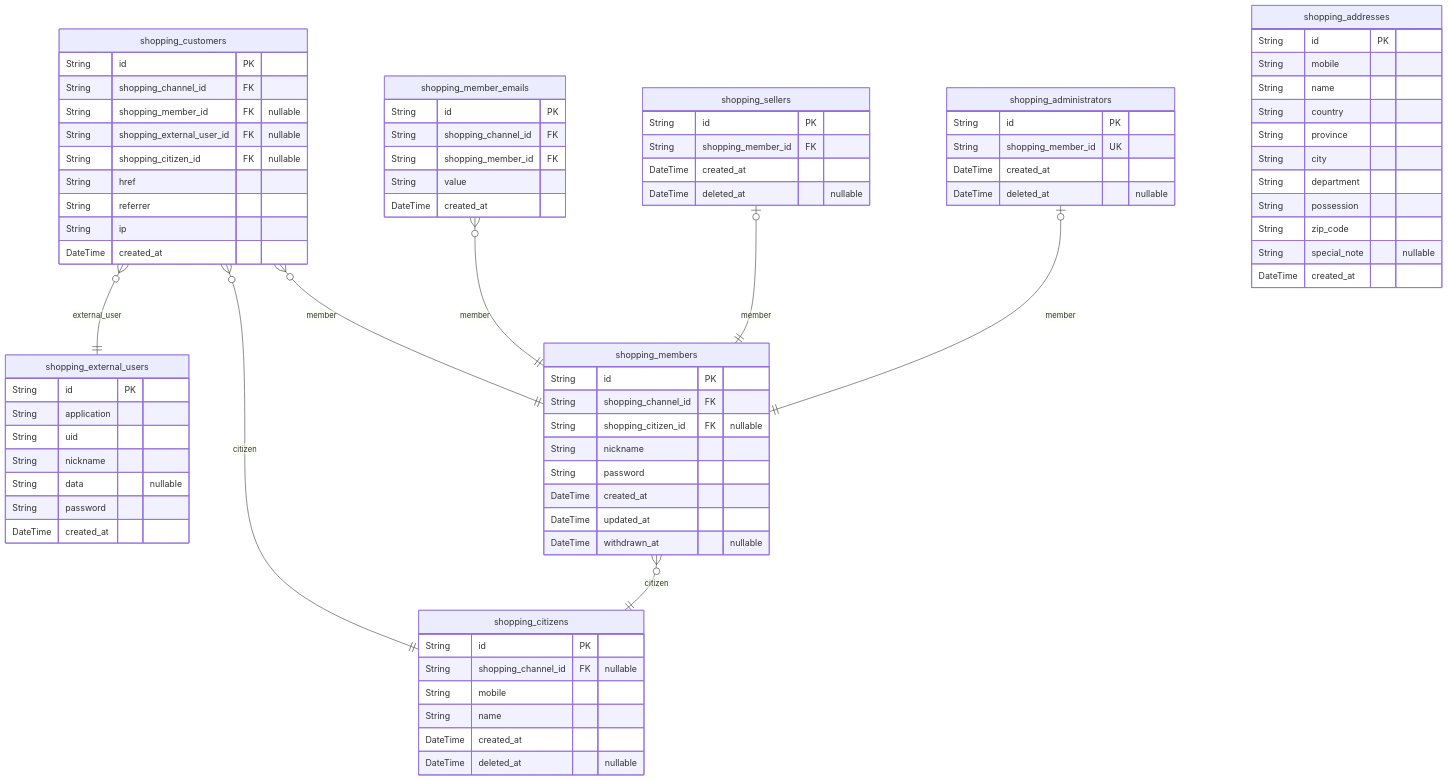
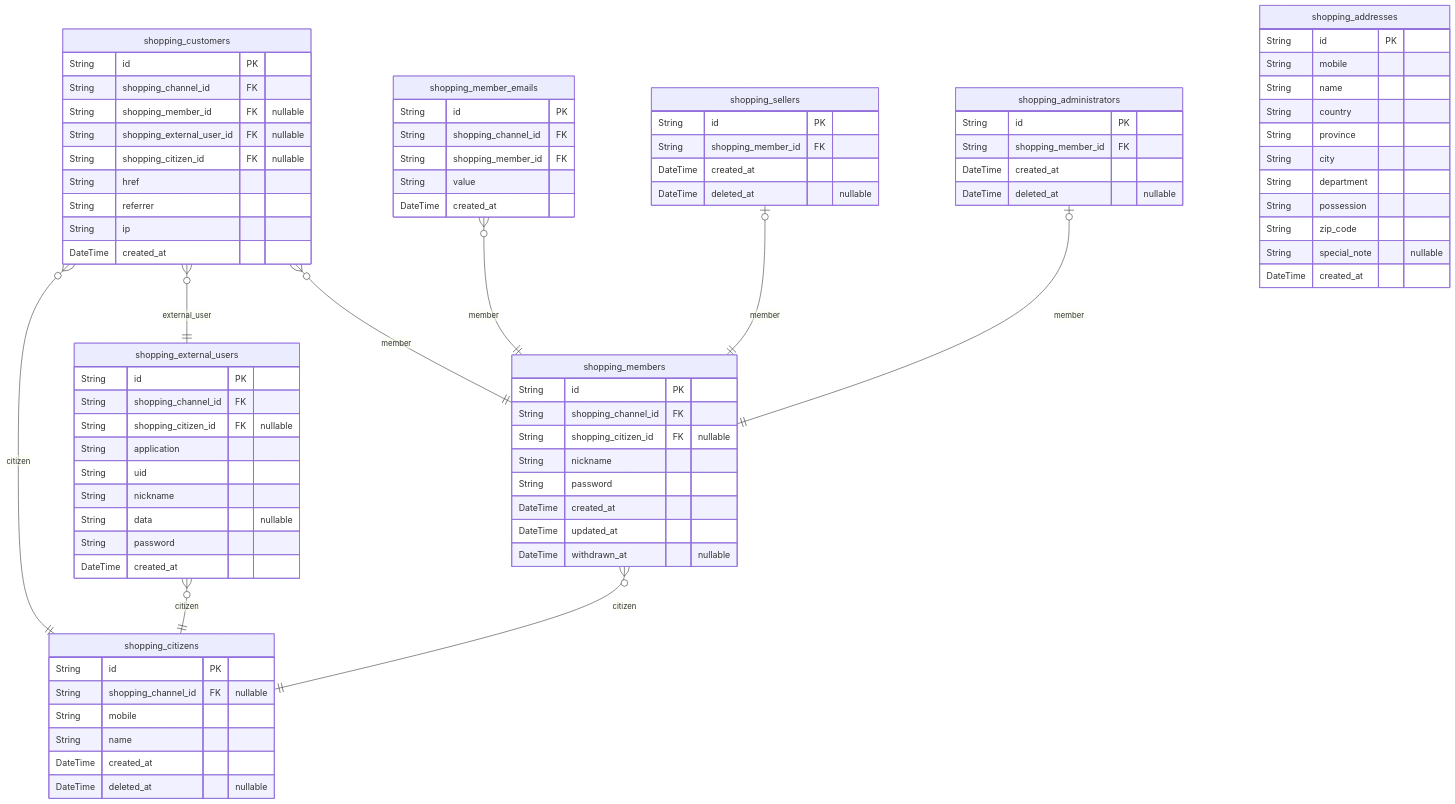
Before and after one commit to samchon/shopping-backend: the third of 10 diagrams in docs/ERD.md, drawn with Mermaid. The commit also changed other lines of this file and 33 other files, not shown here.

```diff
--- a/docs/ERD.md
+++ b/docs/ERD.md
@@ -400,6 +400,8 @@
 }
 "shopping_external_users" {
     String id PK
+    String shopping_channel_id FK
+    String shopping_citizen_id FK "nullable"
     String application
     String uid
     String nickname
@@ -440,7 +442,7 @@
 }
 "shopping_administrators" {
     String id PK
-    String shopping_member_id UK
+    String shopping_member_id FK
     DateTime created_at
     DateTime deleted_at "nullable"
 }
@@ -460,6 +462,7 @@
 "shopping_customers" }o--|| "shopping_members" : member
 "shopping_customers" }o--|| "shopping_external_users" : external_user
 "shopping_customers" }o--|| "shopping_citizens" : citizen
+"shopping_external_users" }o--|| "shopping_citizens" : citizen
 "shopping_members" }o--|| "shopping_citizens" : citizen
 "shopping_member_emails" }o--|| "shopping_members" : member
 "shopping_sellers" |o--|| "shopping_members" : member
```
